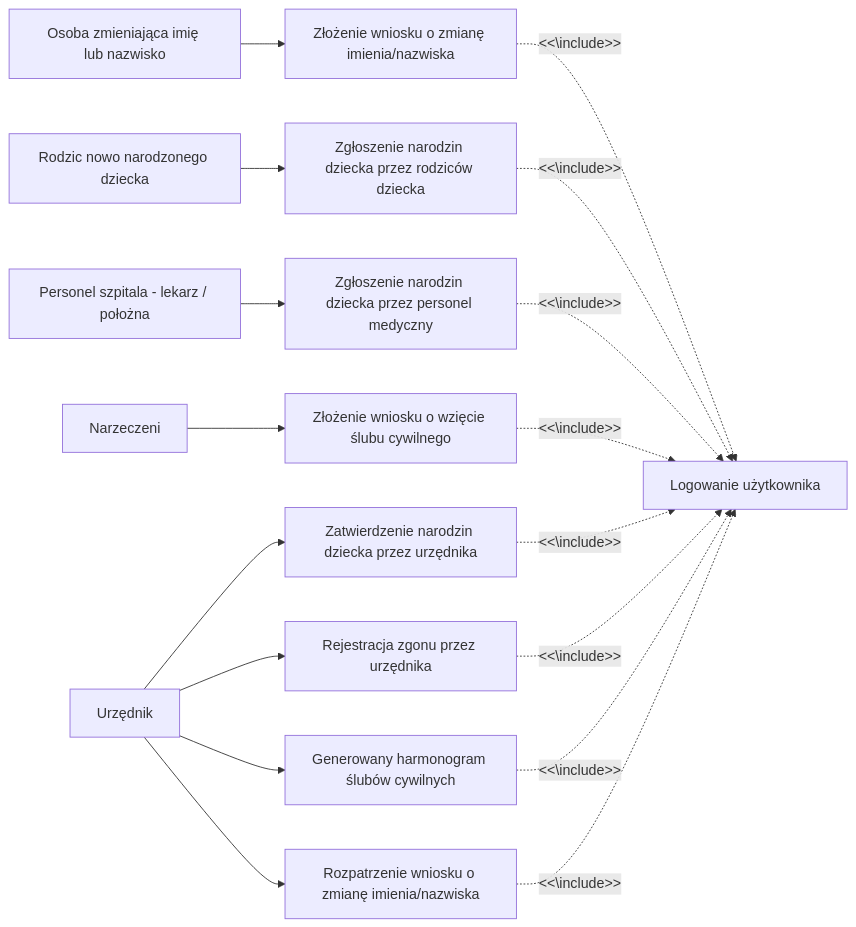
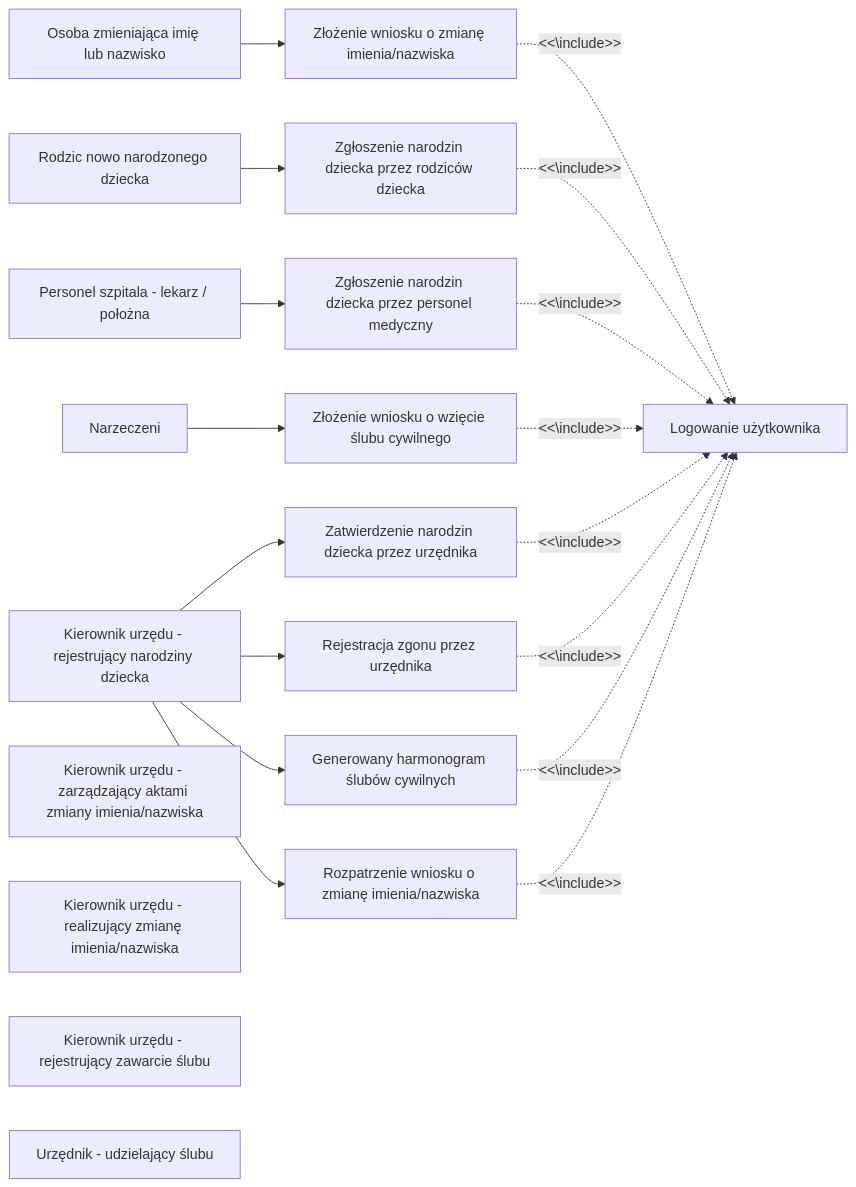
The fifth of 6 diagrams in README.md (bartlomiejkrawczyk/ZPI-22Z), drawn with Mermaid before and after one commit. The commit also changed other lines of this file, not shown here.

````diff
--- a/README.md
+++ b/README.md
@@ -477,27 +488,32 @@
 ```mermaid
 flowchart LR
     o1[Osoba zmieniająca imię lub nazwisko]
     o2[Rodzic nowo narodzonego dziecka]
     o3[Personel szpitala - lekarz / położna]
     o4[Narzeczeni]
-    o5[Urzędnik]
+    o5[Kierownik urzędu - rejestrujący narodziny dziecka]
+    o6[Kierownik urzędu - zarządzający aktami zmiany imienia/nazwiska]
+    o7[Kierownik urzędu - realizujący zmianę imienia/nazwiska]
+    o8[Kierownik urzędu - rejestrujący zawarcie ślubu]
+    o9[Urzędnik - udzielający ślubu]
+
 
     fu1[Logowanie użytkownika]
     fu2[Zgłoszenie narodzin dziecka przez personel medyczny]
     fu3[Zgłoszenie narodzin dziecka przez rodziców dziecka]
     fu4[Zatwierdzenie narodzin dziecka przez urzędnika]
     fu5[Rejestracja zgonu przez urzędnika]
     fu6[Złożenie wniosku o wzięcie ślubu cywilnego]
     fu7[Generowany harmonogram ślubów cywilnych]
     fu8[Złożenie wniosku o zmianę imienia/nazwiska]
     fu9[Rozpatrzenie wniosku o zmianę imienia/nazwiska]
 
     o1 --> fu8 -.<<\include>>.-> fu1
     o2 --> fu3 -.<<\include>>.-> fu1
     o3 --> fu2 -.<<\include>>.-> fu1
     o4 --> fu6 -.<<\include>>.-> fu1
     o5 --> fu4 -.<<\include>>.-> fu1
     o5 --> fu5 -.<<\include>>.-> fu1
     o5 --> fu7 -.<<\include>>.-> fu1
     o5 --> fu9 -.<<\include>>.-> fu1
 ```
````
